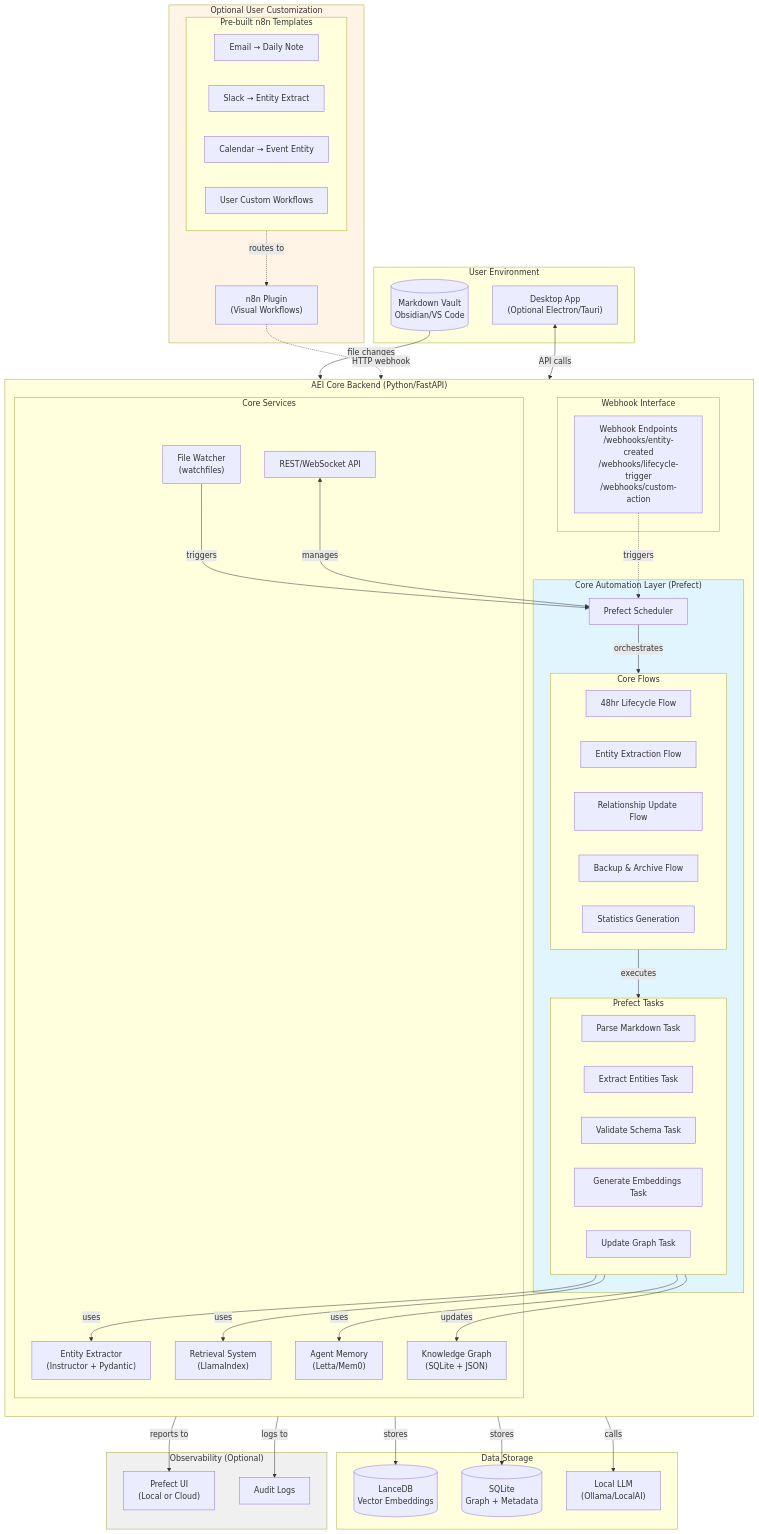
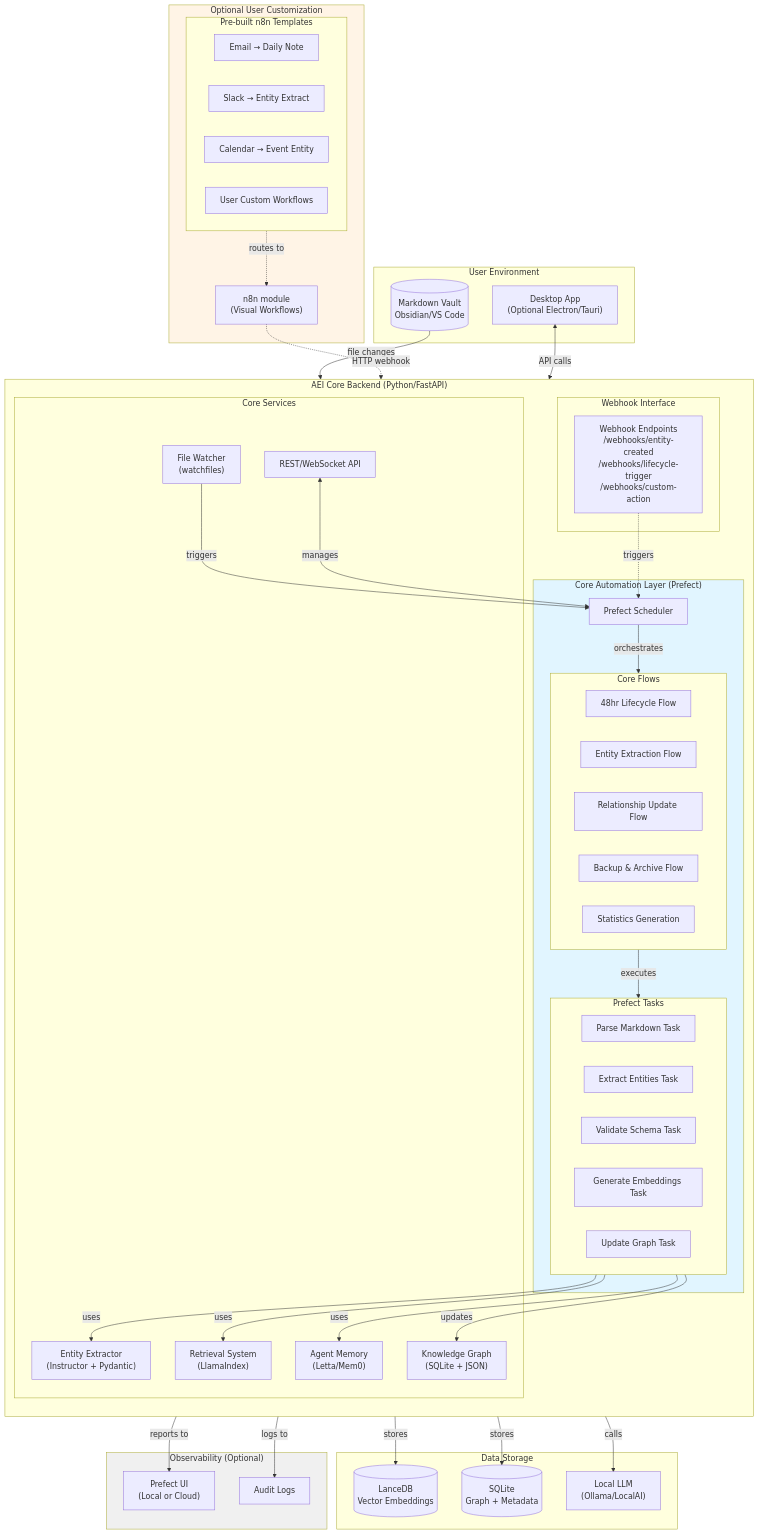
The diagram in docs/03-architecture/automation-integration.md (dgparent/Second-Brain-Foundation), drawn with Mermaid before and after one commit. The commit also changed other lines of this file and 987 other files, not shown here.

```diff
--- a/docs/03-architecture/automation-integration.md
+++ b/docs/03-architecture/automation-integration.md
@@ -94,7 +94,7 @@
   end
 
   subgraph Optional["Optional User Customization"]
-    n8nPlugin["n8n Plugin<br/>(Visual Workflows)"]
+    n8nPlugin["n8n module<br/>(Visual Workflows)"]
     
     subgraph n8nFlows["Pre-built n8n Templates"]
       EmailFlow["Email → Daily Note"]
```
